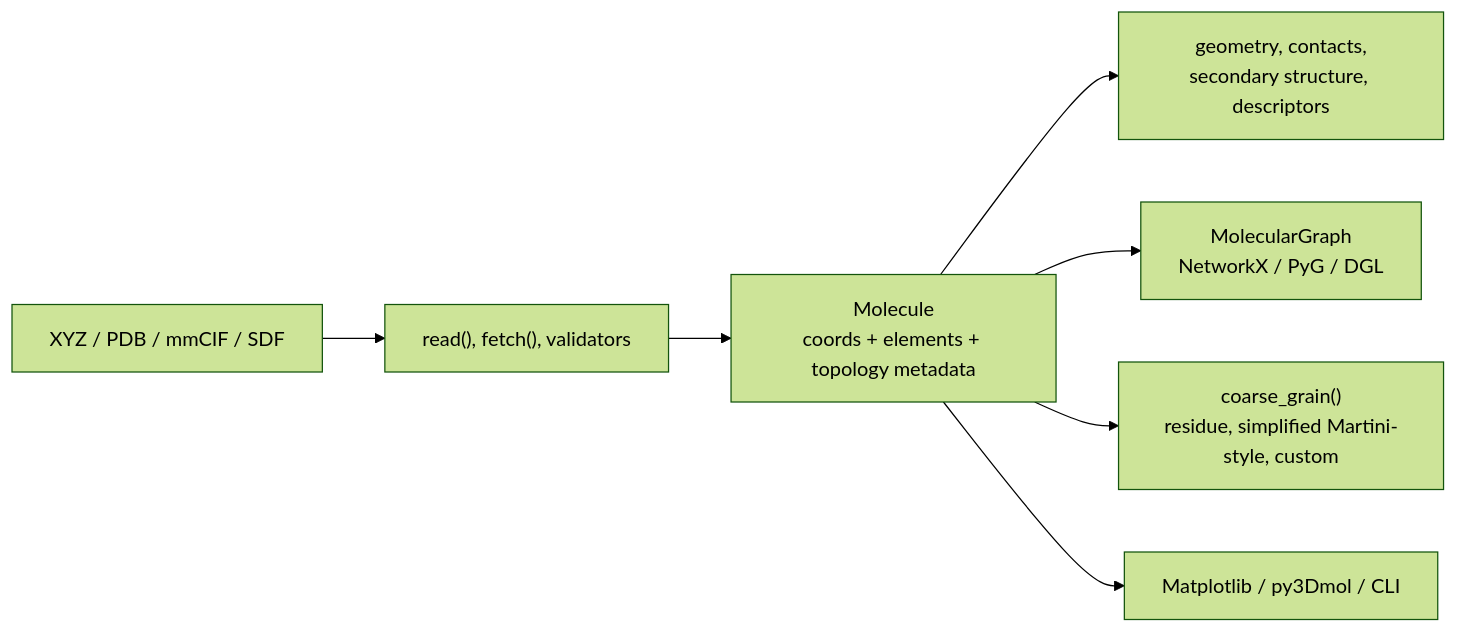
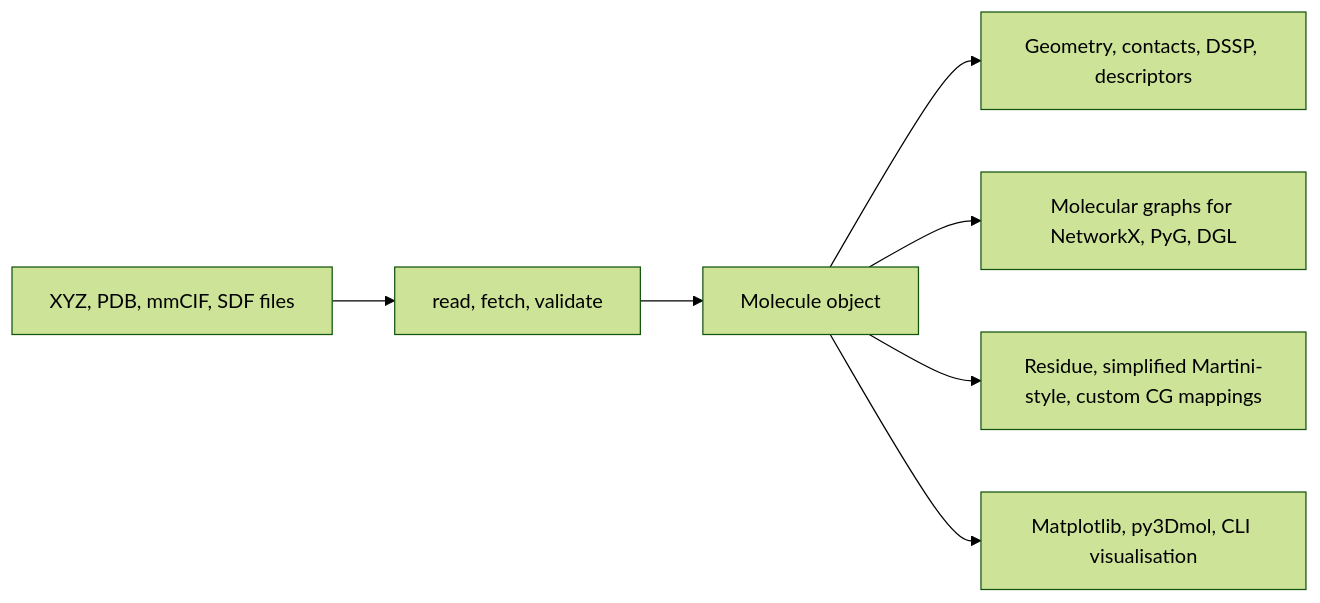
The diagram in README.md (roshan2004/Molecule3D), drawn with Mermaid (forest theme) before and after one commit.

Commit message:
Fix README Mermaid diagram syntax

````diff
--- a/README.md
+++ b/README.md
@@ -59,9 +59,9 @@
 ```mermaid
-flowchart LR
-    files["XYZ / PDB / mmCIF / SDF"] --> readers["read(), fetch(), validators"]
-    readers --> mol["Molecule\ncoords + elements + topology metadata"]
-    mol --> analysis["geometry, contacts,\nsecondary structure, descriptors"]
-    mol --> graphs["MolecularGraph\nNetworkX / PyG / DGL"]
-    mol --> cg["coarse_grain()\nresidue, simplified Martini-style, custom"]
-    mol --> viz["Matplotlib / py3Dmol / CLI"]
+graph LR
+    A[XYZ, PDB, mmCIF, SDF files] --> B[read, fetch, validate]
+    B --> C[Molecule object]
+    C --> D[Geometry, contacts, DSSP, descriptors]
+    C --> E[Molecular graphs for NetworkX, PyG, DGL]
+    C --> F[Residue, simplified Martini-style, custom CG mappings]
+    C --> G[Matplotlib, py3Dmol, CLI visualisation]
 ```
````
